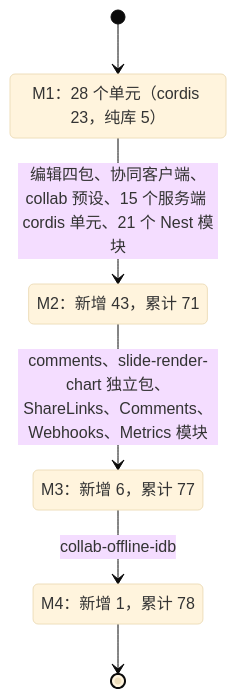
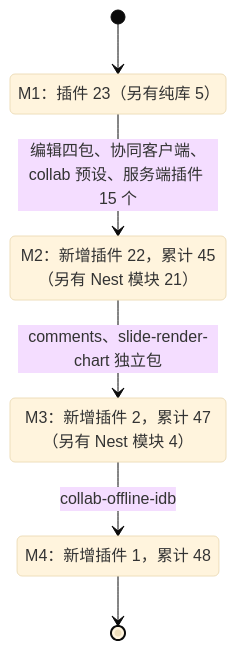
Before and after one commit to Xeonice/cordis-ppt-editor: the ninth of 21 diagrams in docs/30-architecture/01-overview.md, drawn with Mermaid (base theme). The commit also changed other lines of this file and 15 other files, not shown here.

````diff
--- a/docs/30-architecture/01-overview.md
+++ b/docs/30-architecture/01-overview.md
@@ -393,12 +394,12 @@
 ```mermaid
 stateDiagram-v2
-  state "M1：28 个单元（cordis 23，纯库 5）" as m1
-  state "M2：新增 43，累计 71" as m2
-  state "M3：新增 6，累计 77" as m3
-  state "M4：新增 1，累计 78" as m4
+  state "M1：插件 23（另有纯库 5）" as m1
+  state "M2：新增插件 22，累计 45（另有 Nest 模块 21）" as m2
+  state "M3：新增插件 2，累计 47（另有 Nest 模块 4）" as m3
+  state "M4：新增插件 1，累计 48" as m4
   [*] --> m1
-  m1 --> m2 : 编辑四包、协同客户端、collab 预设、15 个服务端 cordis 单元、21 个 Nest 模块
-  m2 --> m3 : comments、slide-render-chart 独立包、ShareLinks、Comments、Webhooks、Metrics 模块
+  m1 --> m2 : 编辑四包、协同客户端、collab 预设、服务端插件 15 个
+  m2 --> m3 : comments、slide-render-chart 独立包
   m3 --> m4 : collab-offline-idb
   m4 --> [*]
 ```
````
